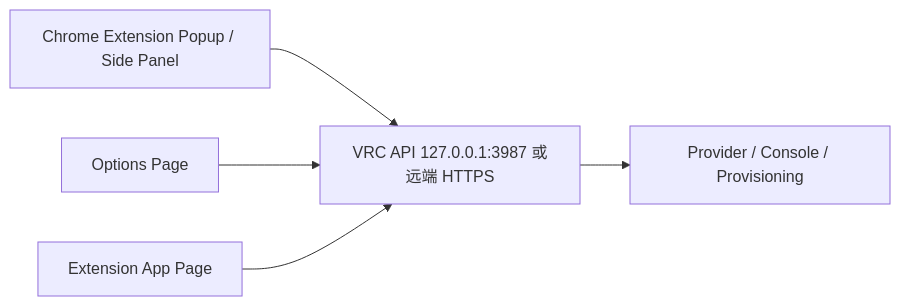
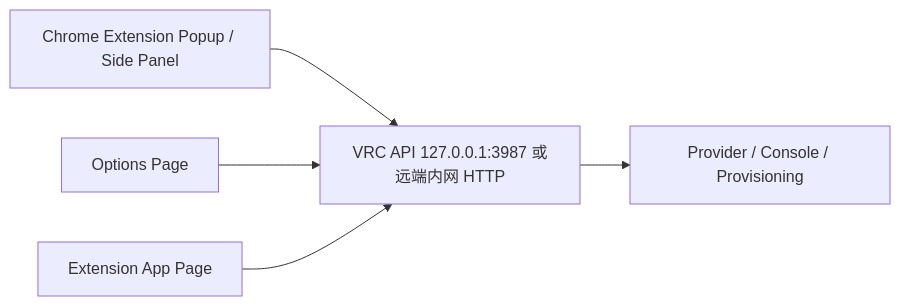
The first of 2 diagrams in docs/分发与打包策略.md (Li-yuanchang/virtual-resource-console), drawn with Mermaid before and after one commit. The commit also changed other lines of this file and 2 other files, not shown here.

````diff
--- a/docs/分发与打包策略.md
+++ b/docs/分发与打包策略.md
@@ -432,13 +496,13 @@
 ```mermaid
 flowchart LR
   Popup["Chrome Extension Popup / Side Panel"]
   Options["Options Page"]
   ExtPage["Extension App Page"]
-  Api["VRC API 127.0.0.1:3987 或远端 HTTPS"]
+  Api["VRC API 127.0.0.1:3987 或远端内网 HTTP"]
   Provider["Provider / Console / Provisioning"]
 
   Popup --> Api
   Options --> Api
   ExtPage --> Api
   Api --> Provider
 ```
````
